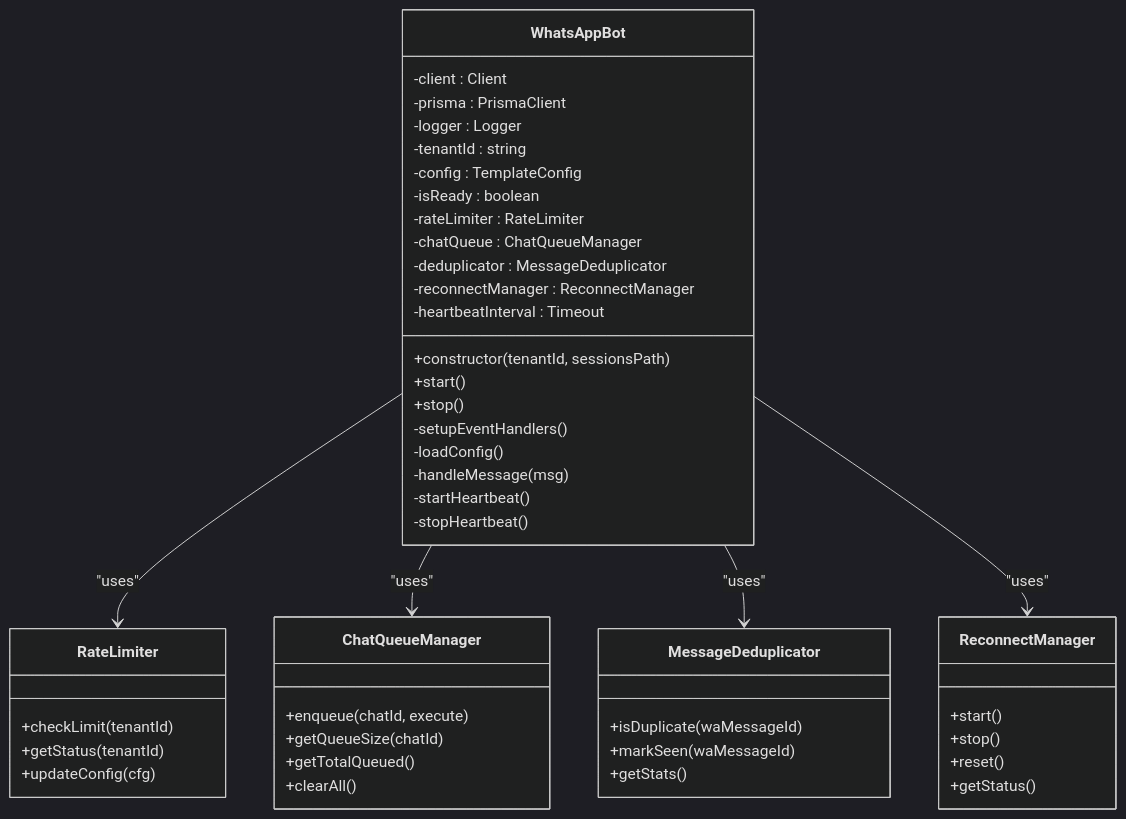
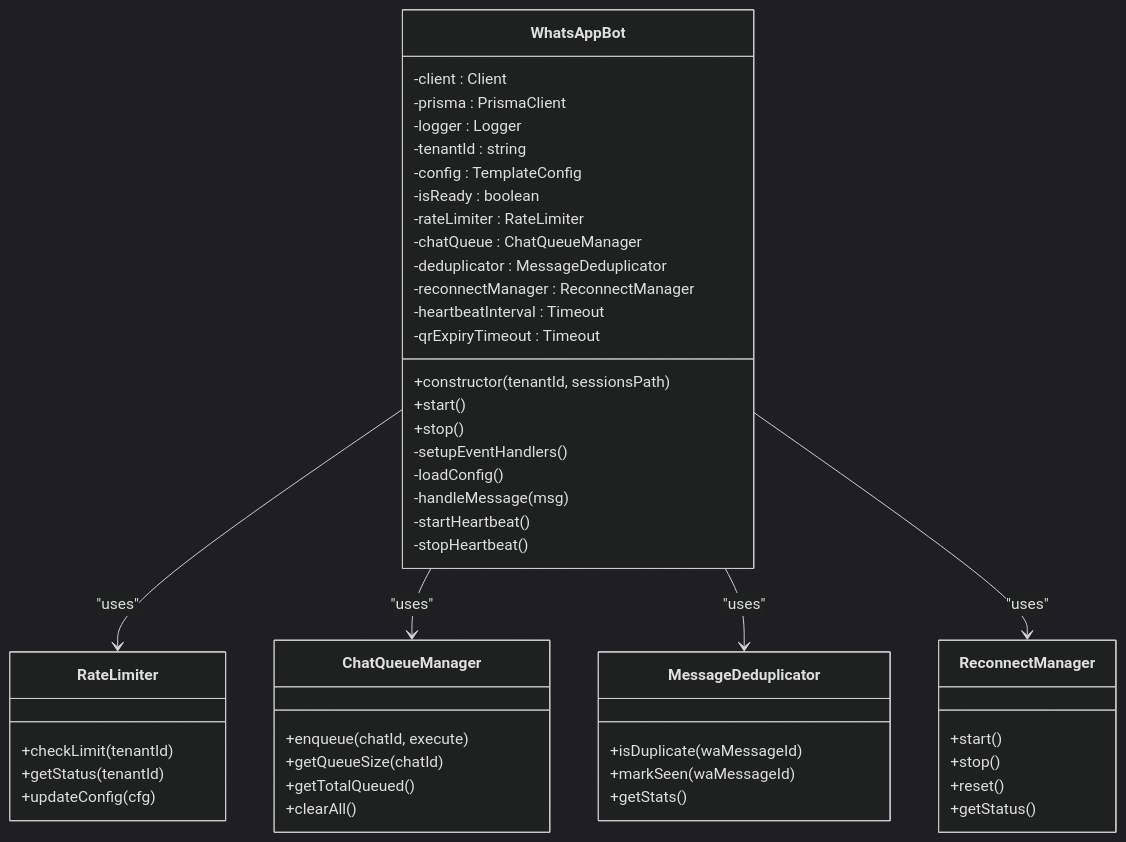
One commit to askchiwa-spec/FLOW-HQ-BOT changed the third of 8 diagrams in .qoder/repowiki/en/content/WhatsApp Integration/WhatsApp Integration.md. Above: the diagram before and after it, drawn with Mermaid (dark theme). The commit also changed other lines of this file and 27 other files, not shown here.

````diff
--- a/.qoder/repowiki/en/content/WhatsApp Integration/WhatsApp Integration.md
+++ b/.qoder/repowiki/en/content/WhatsApp Integration/WhatsApp Integration.md
@@ -176,50 +196,51 @@
 ```mermaid
 classDiagram
 class WhatsAppBot {
 -client : Client
 -prisma : PrismaClient
 -logger : Logger
 -tenantId : string
 -config : TemplateConfig
 -isReady : boolean
 -rateLimiter : RateLimiter
 -chatQueue : ChatQueueManager
 -deduplicator : MessageDeduplicator
 -reconnectManager : ReconnectManager
 -heartbeatInterval : Timeout
+-qrExpiryTimeout : Timeout
 +constructor(tenantId, sessionsPath)
 +start()
 +stop()
 -setupEventHandlers()
 -loadConfig()
 -handleMessage(msg)
 -startHeartbeat()
 -stopHeartbeat()
 }
 class RateLimiter {
 +checkLimit(tenantId)
 +getStatus(tenantId)
 +updateConfig(cfg)
 }
 class ChatQueueManager {
 +enqueue(chatId, execute)
 +getQueueSize(chatId)
 +getTotalQueued()
 +clearAll()
 }
 class MessageDeduplicator {
 +isDuplicate(waMessageId)
 +markSeen(waMessageId)
 +getStats()
 }
 class ReconnectManager {
 +start()
 +stop()
 +reset()
 +getStatus()
 }
 WhatsAppBot --> RateLimiter : "uses"
 WhatsAppBot --> ChatQueueManager : "uses"
 WhatsAppBot --> MessageDeduplicator : "uses"
 WhatsAppBot --> ReconnectManager : "uses"
 ```
````
